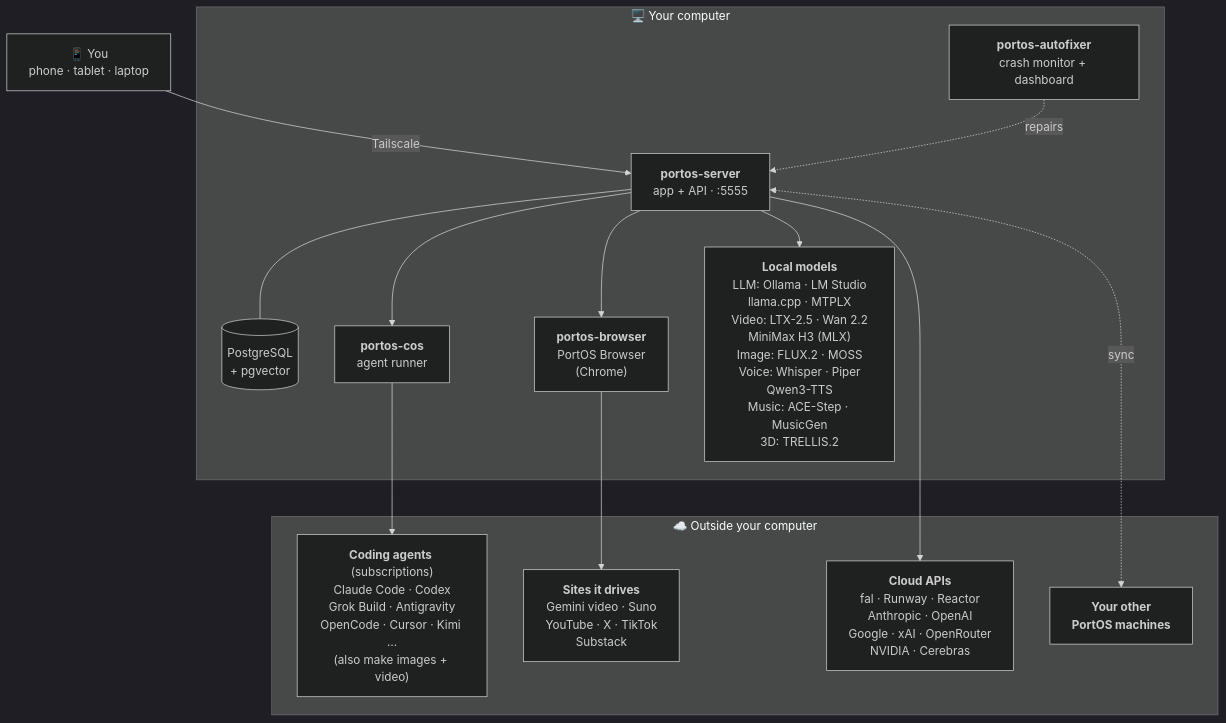
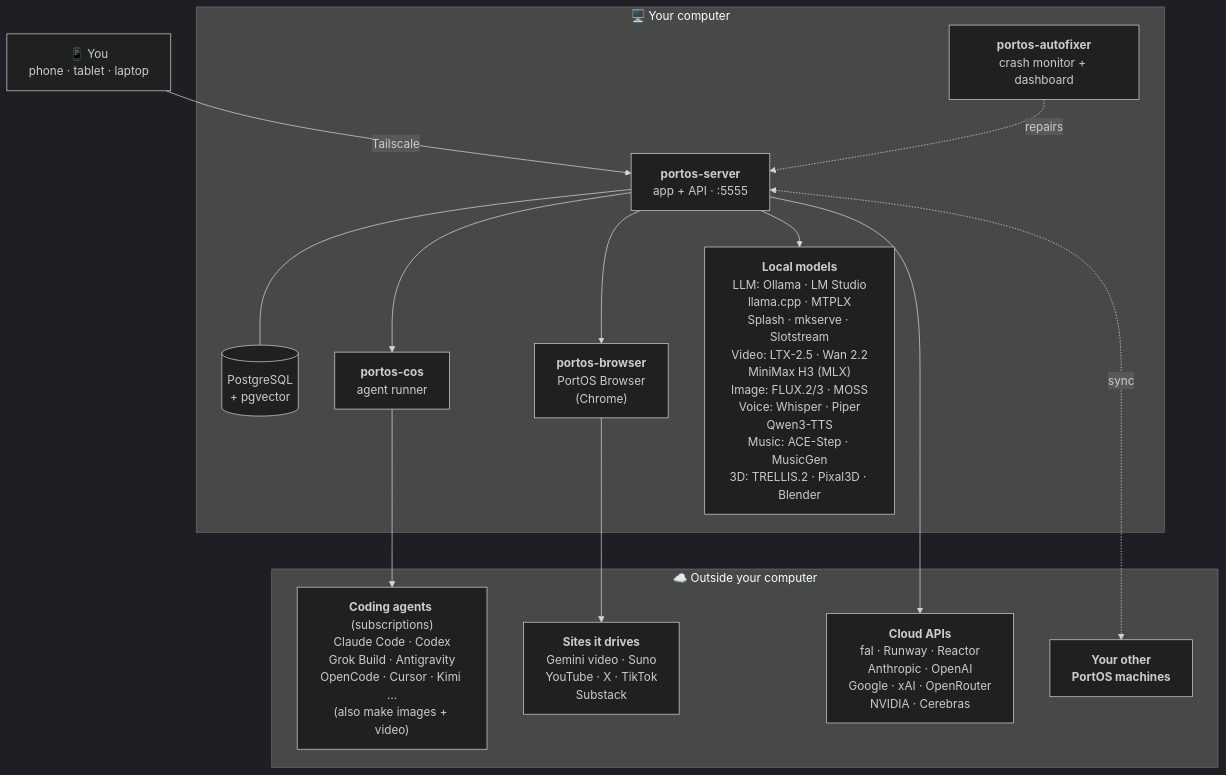
The diagram in README.md (atomantic/PortOS), drawn with Mermaid (dark theme) before and after one commit. The commit also changed other lines of this file and 12 other files, not shown here.

````diff
--- a/README.md
+++ b/README.md
@@ -37,31 +37,31 @@
 ```mermaid
 flowchart TB
   you["📱 You<br/>phone · tablet · laptop"]
 
   subgraph mac["🖥️ Your computer"]
     server["<b>portos-server</b><br/>app + API · :5555"]
     db[("PostgreSQL<br/>+ pgvector")]
     cos["<b>portos-cos</b><br/>agent runner"]
     browser["<b>portos-browser</b><br/>PortOS Browser<br/>(Chrome)"]
     fixer["<b>portos-autofixer</b><br/>crash monitor + dashboard"]
-    local["<b>Local models</b><br/>LLM: Ollama · LM Studio<br/>llama.cpp · MTPLX<br/>Video: LTX-2.5 · Wan 2.2<br/>MiniMax H3 (MLX)<br/>Image: FLUX.2 · MOSS<br/>Voice: Whisper · Piper<br/>Qwen3-TTS<br/>Music: ACE-Step · MusicGen<br/>3D: TRELLIS.2"]
+    local["<b>Local models</b><br/>LLM: Ollama · LM Studio<br/>llama.cpp · MTPLX<br/>Splash · mkserve · Slotstream<br/>Video: LTX-2.5 · Wan 2.2<br/>MiniMax H3 (MLX)<br/>Image: FLUX.2/3 · MOSS<br/>Voice: Whisper · Piper<br/>Qwen3-TTS<br/>Music: ACE-Step · MusicGen<br/>3D: TRELLIS.2 · Pixal3D · Blender"]
   end
 
   subgraph out["☁️ Outside your computer"]
     agents["<b>Coding agents</b> (subscriptions)<br/>Claude Code · Codex<br/>Grok Build · Antigravity<br/>OpenCode · Cursor · Kimi …<br/>(also make images + video)"]
     web["<b>Sites it drives</b><br/>Gemini video · Suno<br/>YouTube · X · TikTok<br/>Substack"]
     apis["<b>Cloud APIs</b><br/>fal · Runway · Reactor<br/>Anthropic · OpenAI<br/>Google · xAI · OpenRouter<br/>NVIDIA · Cerebras"]
     peers["<b>Your other<br/>PortOS machines</b>"]
   end
 
   you -- Tailscale --> server
   fixer -. repairs .-> server
   server --- db
   server --> cos
   server --> browser
   server --> local
   cos --> agents
   browser --> web
   server --> apis
   server <-. sync .-> peers
 ```
````
